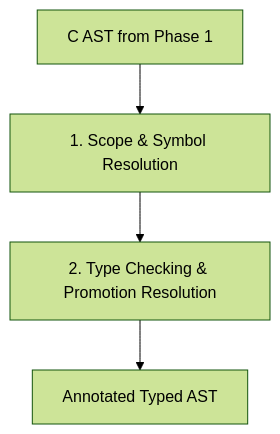
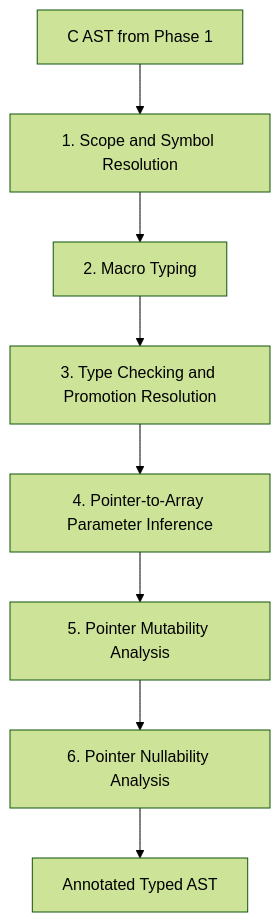
One commit to voelklmichael/doom_v4 changed the diagram in docs/02_TYPECHECKER.md. Above: the diagram before and after it, drawn with Mermaid (forest theme). The commit also changed other lines of this file and 1 other file, not shown here.

First line of the commit message:
docs: expand typechecker plan with macro typing and pointer analyses

````diff
--- a/docs/02_TYPECHECKER.md
+++ b/docs/02_TYPECHECKER.md
@@ -19,6 +35,10 @@
 ```mermaid
 flowchart TD
-    AST[C AST from Phase 1] --> Scope[1. Scope & Symbol Resolution]
-    Scope --> Typecheck[2. Type Checking & Promotion Resolution]
-    Typecheck --> AnnotAST[Annotated Typed AST]
+    AST[C AST from Phase 1] --> Scope[1. Scope and Symbol Resolution]
+    Scope --> MacroType[2. Macro Typing]
+    MacroType --> Typecheck[3. Type Checking and Promotion Resolution]
+    Typecheck --> ArrayInf[4. Pointer-to-Array Parameter Inference]
+    ArrayInf --> MutInf[5. Pointer Mutability Analysis]
+    MutInf --> NullInf[6. Pointer Nullability Analysis]
+    NullInf --> AnnotAST[Annotated Typed AST]
 ```
````
